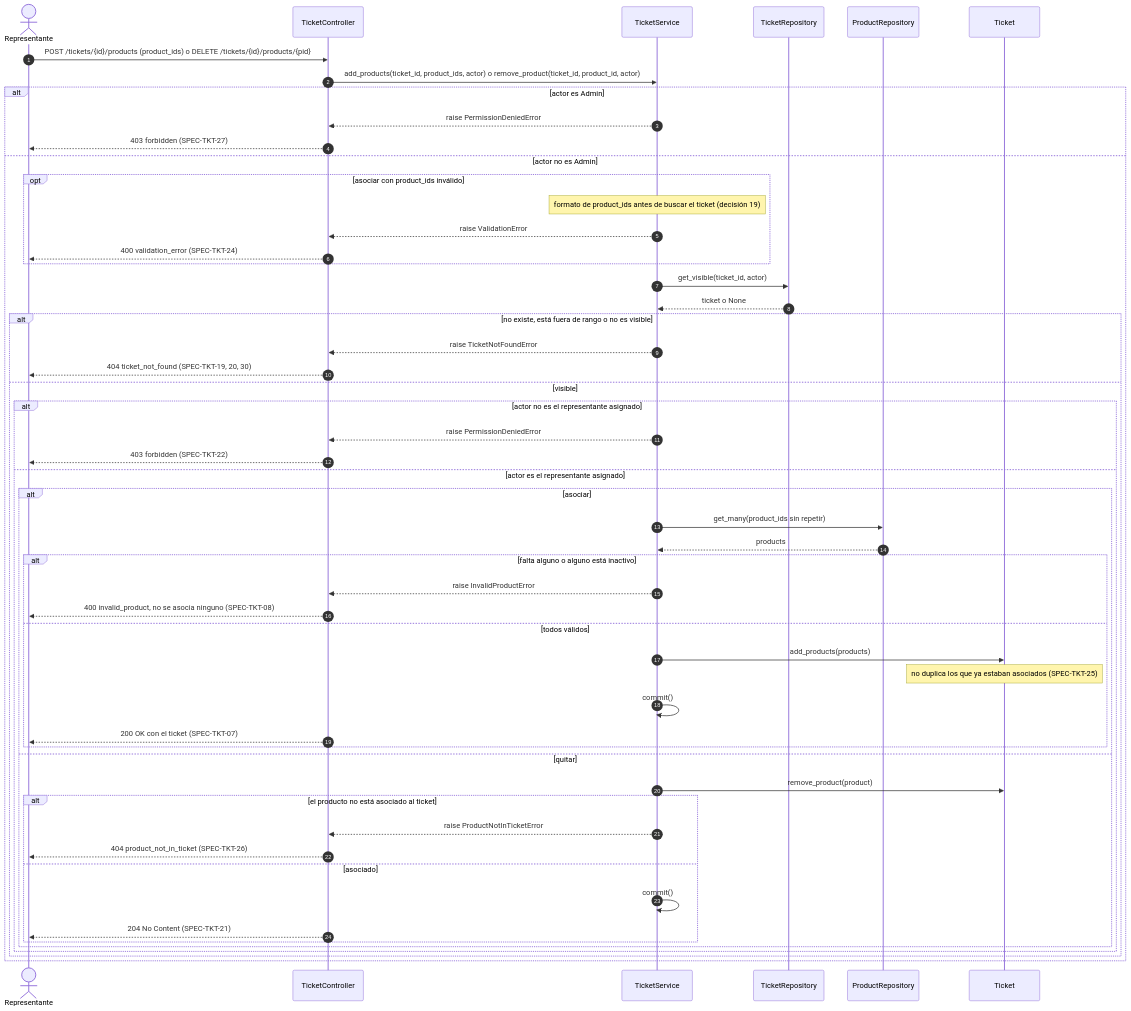
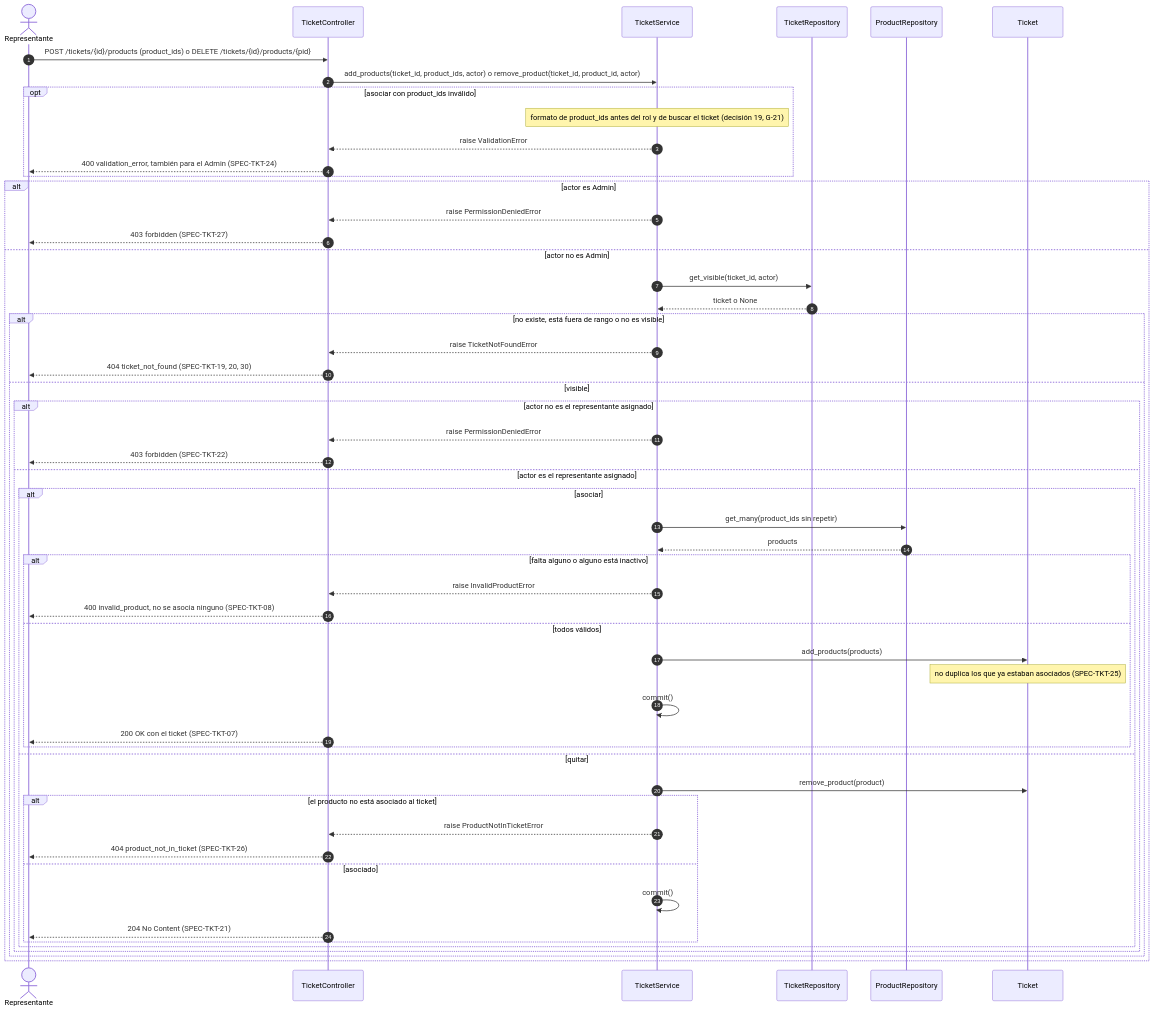
Before and after one commit to Diazfe-dev/AyED-III-python-ticket-service: the fifth of 5 diagrams in diagrams/sequences/04-tickets.md, drawn with Mermaid. The commit also changed other lines of this file and 5 other files, not shown here.

First line of the commit message:
docs(milestone): sync diagrams, AGENTS.md and MEMORY.md

````diff
--- a/diagrams/sequences/04-tickets.md
+++ b/diagrams/sequences/04-tickets.md
@@ -213,57 +213,57 @@
 ```mermaid
 sequenceDiagram
     autonumber
     actor Rep as Representante
     participant TC as TicketController
     participant TS as TicketService
     participant TR as TicketRepository
     participant PR as ProductRepository
     participant T as Ticket
 
     Rep->>TC: POST /tickets/{id}/products (product_ids) o DELETE /tickets/{id}/products/{pid}
     TC->>TS: add_products(ticket_id, product_ids, actor) o remove_product(ticket_id, product_id, actor)
+    opt asociar con product_ids inválido
+        Note over TS: formato de product_ids antes del rol y de buscar el ticket (decisión 19, G-21)
+        TS-->>TC: raise ValidationError
+        TC-->>Rep: 400 validation_error, también para el Admin (SPEC-TKT-24)
+    end
     alt actor es Admin
         TS-->>TC: raise PermissionDeniedError
         TC-->>Rep: 403 forbidden (SPEC-TKT-27)
     else actor no es Admin
-        opt asociar con product_ids inválido
-            Note over TS: formato de product_ids antes de buscar el ticket (decisión 19)
-            TS-->>TC: raise ValidationError
-            TC-->>Rep: 400 validation_error (SPEC-TKT-24)
-        end
         TS->>TR: get_visible(ticket_id, actor)
         TR-->>TS: ticket o None
         alt no existe, está fuera de rango o no es visible
             TS-->>TC: raise TicketNotFoundError
             TC-->>Rep: 404 ticket_not_found (SPEC-TKT-19, 20, 30)
         else visible
             alt actor no es el representante asignado
                 TS-->>TC: raise PermissionDeniedError
                 TC-->>Rep: 403 forbidden (SPEC-TKT-22)
             else actor es el representante asignado
                 alt asociar
                     TS->>PR: get_many(product_ids sin repetir)
                     PR-->>TS: products
                     alt falta alguno o alguno está inactivo
                         TS-->>TC: raise InvalidProductError
                         TC-->>Rep: 400 invalid_product, no se asocia ninguno (SPEC-TKT-08)
                     else todos válidos
                         TS->>T: add_products(products)
                         Note over T: no duplica los que ya estaban asociados (SPEC-TKT-25)
                         TS->>TS: commit()
                         TC-->>Rep: 200 OK con el ticket (SPEC-TKT-07)
                     end
                 else quitar
                     TS->>T: remove_product(product)
                     alt el producto no está asociado al ticket
                         TS-->>TC: raise ProductNotInTicketError
                         TC-->>Rep: 404 product_not_in_ticket (SPEC-TKT-26)
                     else asociado
                         TS->>TS: commit()
                         TC-->>Rep: 204 No Content (SPEC-TKT-21)
                     end
                 end
             end
         end
     end
 ```
````
